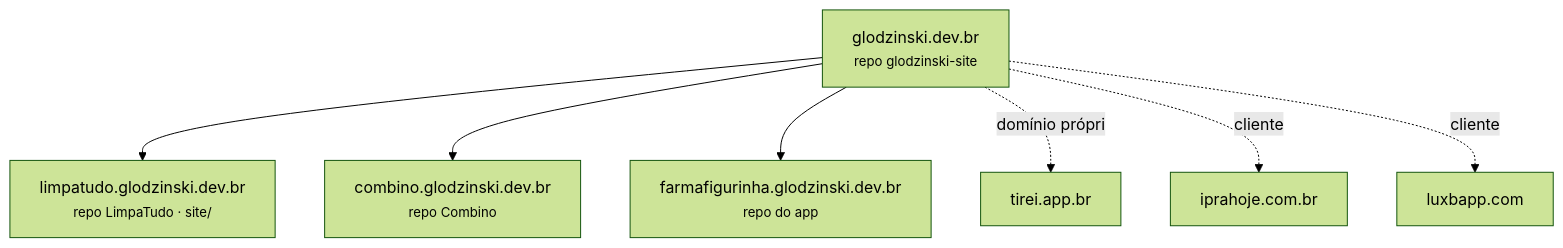
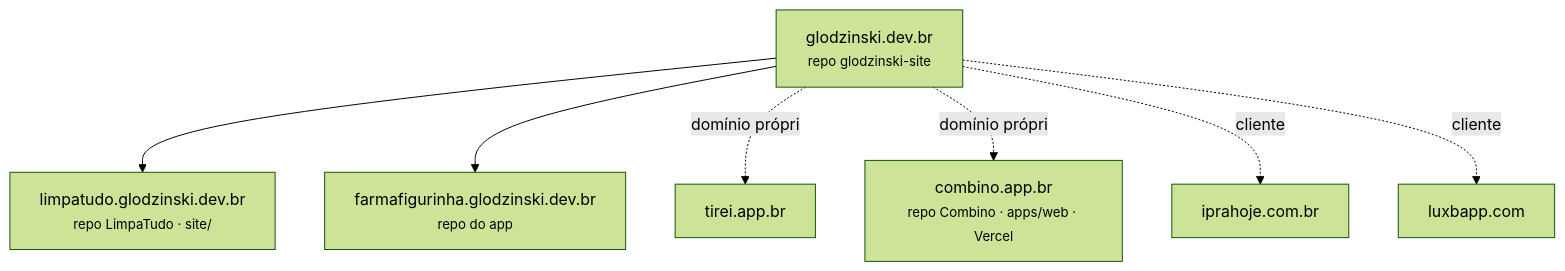
Before and after one commit to rglodzinski/glodzinski-site: the first of 2 diagrams in docs/04-subdominios.md, drawn with Mermaid (forest theme). The commit also changed other lines of this file and 10 other files, not shown here.

First line of the commit message:
Combinô em combino.app.br

````diff
--- a/docs/04-subdominios.md
+++ b/docs/04-subdominios.md
@@ -10,10 +10,10 @@
 ```mermaid
 flowchart TB
     root["glodzinski.dev.br<br><small>repo glodzinski-site</small>"]
     root --> lt["limpatudo.glodzinski.dev.br<br><small>repo LimpaTudo · site/</small>"]
-    root --> cb["combino.glodzinski.dev.br<br><small>repo Combino</small>"]
     root --> ff["farmafigurinha.glodzinski.dev.br<br><small>repo do app</small>"]
     root -.domínio próprio.-> ti["tirei.app.br"]
+    root -.domínio próprio.-> cb["combino.app.br<br><small>repo Combino · apps/web · Vercel</small>"]
     root -.cliente.-> ip["iprahoje.com.br"]
     root -.cliente.-> lx["luxbapp.com"]
 ```
````
